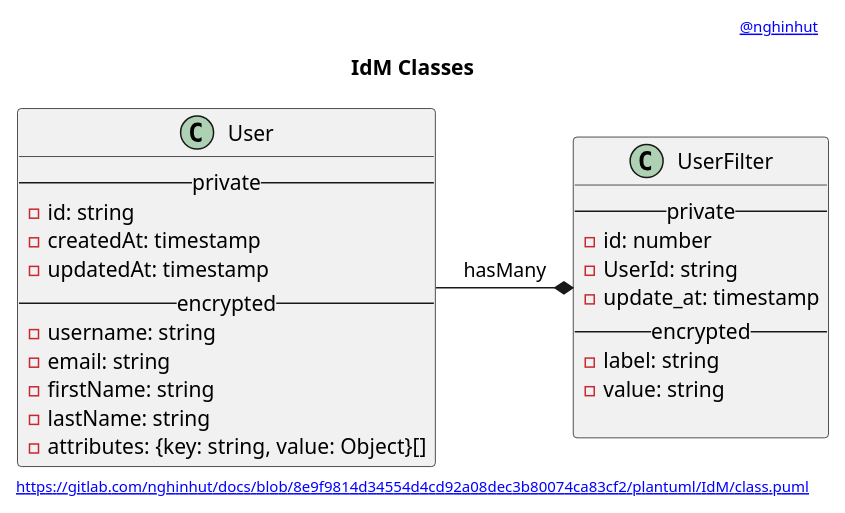
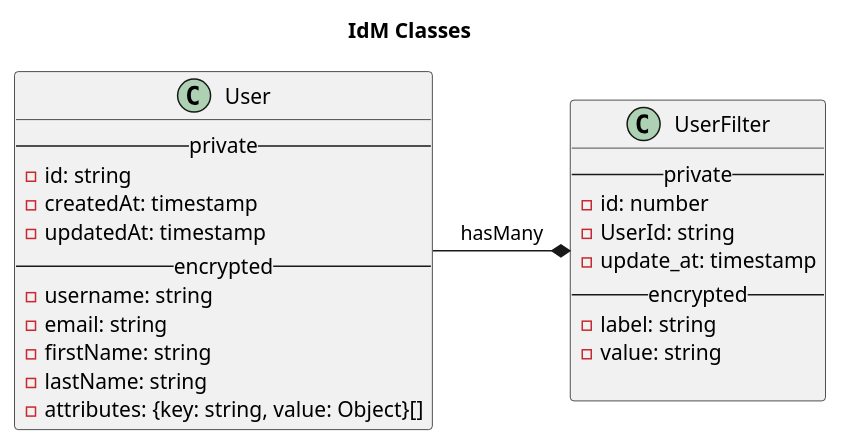
Before and after one commit to nghinhut/docs: the diagram in plantuml/IdM/erd.puml, drawn with PlantUML. The commit also changed 26 other files, not shown here.

Commit message:
refactor(plantuml): remove plantuml header from files

```diff
--- a/plantuml/IdM/erd.puml
+++ b/plantuml/IdM/erd.puml
@@ -1,35 +1,30 @@
 @startuml
-'-----START auto generated metadata please keep comment here to allow auto update-----
-'-----DON'T EDIT THIS SECTION, INSTEAD RE-RUN prebuild.sh TO UPDATE-----
-header [[https://www.nghinhut.dev?from=http%5C%3A%5C%2F%5C%2Fwww%5C.plantuml%5C.com%5C%2Fplantuml%5C%2Fproxy%3Ffmt%3Dsvg%5C%26src%3Dhttps%5C%3A%5C%2F%5C%2Fgitlab%5C.com%5C%2Fnghinhut%5C%2Fdocs%5C%2Fraw%5C%2F8e9f9814d34554d4cd92a08dec3b80074ca83cf2%5C%2Fplantuml%5C%2FIdM%5C%2Fclass%5C.puml%0A @nghinhut]]
-footer [[http://www.plantuml.com/plantuml/proxy?fmt=svg&src=https://gitlab.com/nghinhut/docs/raw/8e9f9814d34554d4cd92a08dec3b80074ca83cf2/plantuml/IdM/class.puml https://gitlab.com/nghinhut/docs/blob/8e9f9814d34554d4cd92a08dec3b80074ca83cf2/plantuml/IdM/class.puml]]
-'-----END auto generated metadata please keep comment here to allow auto update-----
 title IdM Classes
 
 class "User" as user {
     -- private --
     - id: string
     - createdAt: timestamp
     - updatedAt: timestamp
     -- encrypted --
     - username: string
     - email: string
     - firstName: string
     - lastName: string
     - attributes: {key: string, value: Object}[]
 }
 
 class "UserFilter" as user_filter {
     -- private --
     - id: number
     - UserId: string
     - update_at: timestamp
     -- encrypted --
     - label: string
     - value: string
 
 }
 
 user -* user_filter : hasMany
 
 @enduml
```
